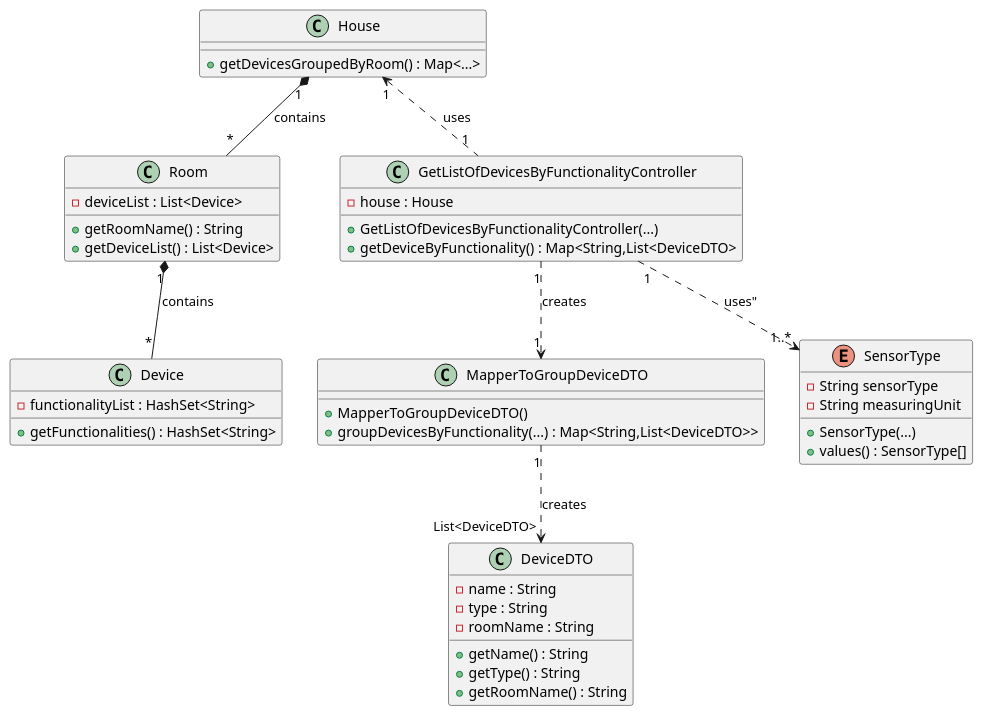
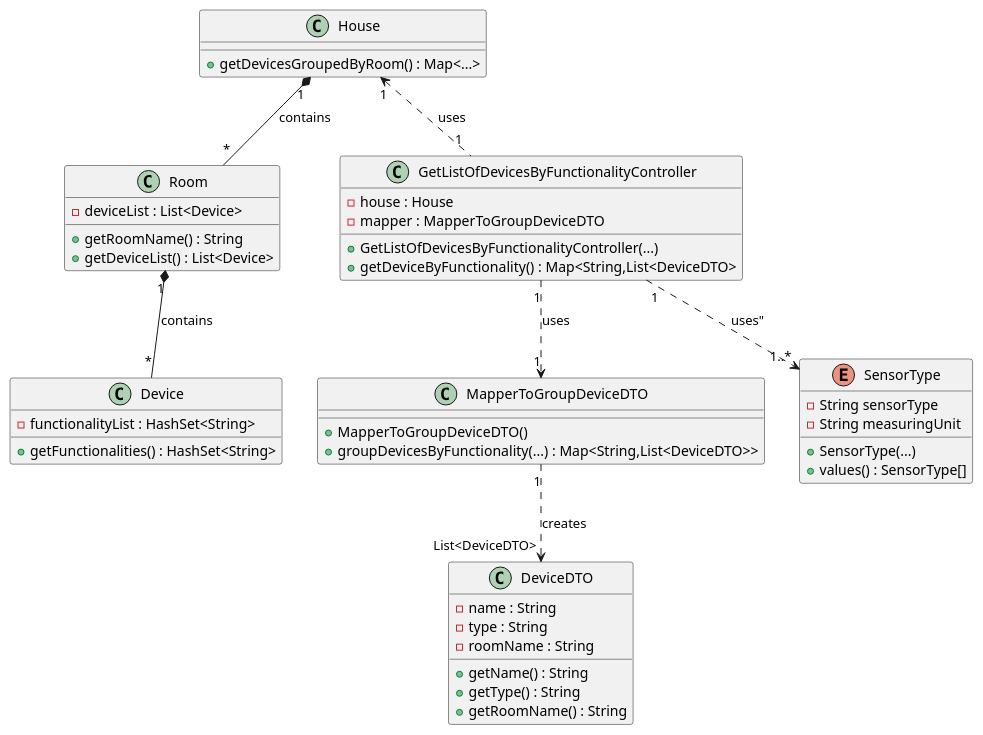
The diagram in projetoIntermedio/docs/class/useCase/UC09/UC09.puml (ozepedrorodrigues/projetoIntermedio), drawn with PlantUML before and after one commit. The commit also changed 5 other files, not shown here.

```diff
--- a/projetoIntermedio/docs/class/useCase/UC09/UC09.puml
+++ b/projetoIntermedio/docs/class/useCase/UC09/UC09.puml
@@ -1,53 +1,54 @@
 @startuml
 
 class House {
   + getDevicesGroupedByRoom() : Map<...>
 }
 
 class Room {
   - deviceList : List<Device>
   + getRoomName() : String
   + getDeviceList() : List<Device>
 }
 
 class Device {
   - functionalityList : HashSet<String>
   + getFunctionalities() : HashSet<String>
 }
 
 class GetListOfDevicesByFunctionalityController {
   - house : House
+  - mapper : MapperToGroupDeviceDTO
   + GetListOfDevicesByFunctionalityController(...)
   + getDeviceByFunctionality() : Map<String,List<DeviceDTO>
 }
 
 class MapperToGroupDeviceDTO {
     + MapperToGroupDeviceDTO()
     + groupDevicesByFunctionality(...) : Map<String,List<DeviceDTO>>
 }
 
 class DeviceDTO {
     - name : String
     - type : String
     - roomName : String
     + getName() : String
     + getType() : String
     + getRoomName() : String
 }
 
 enum SensorType {
 - String sensorType
 - String measuringUnit
 + SensorType(...)
 +values() : SensorType[]
 }
 
 House "1" <.. "1" GetListOfDevicesByFunctionalityController : uses
 House "1" *-- "*" Room : contains
 Room "1" *-- "*" Device : contains
 
-GetListOfDevicesByFunctionalityController "1" ..> "1" MapperToGroupDeviceDTO : creates
+GetListOfDevicesByFunctionalityController "1" ..> "1" MapperToGroupDeviceDTO : uses
 GetListOfDevicesByFunctionalityController "1" ..> "1..*" SensorType : uses"
 MapperToGroupDeviceDTO "1" ..> "List<DeviceDTO>" DeviceDTO : creates
 
 @enduml
```
